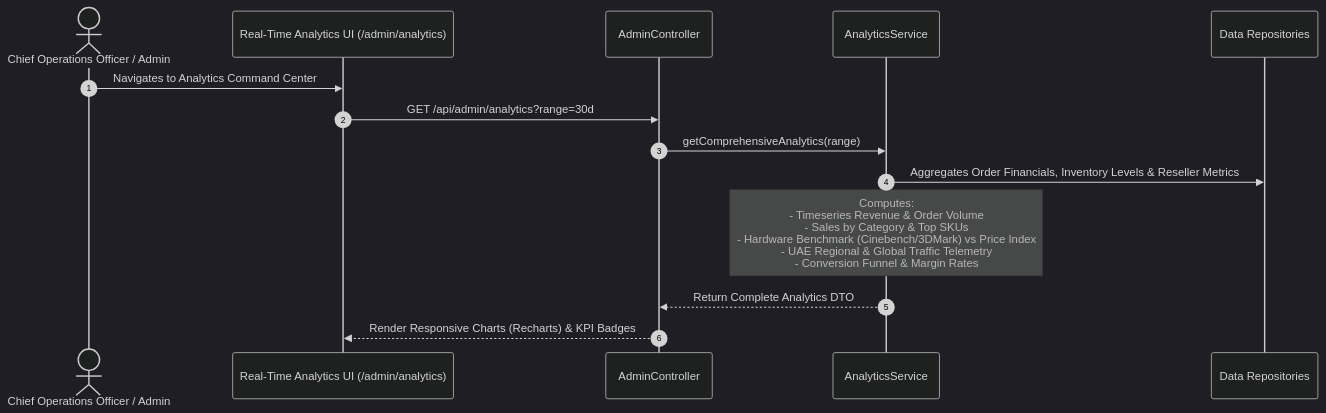
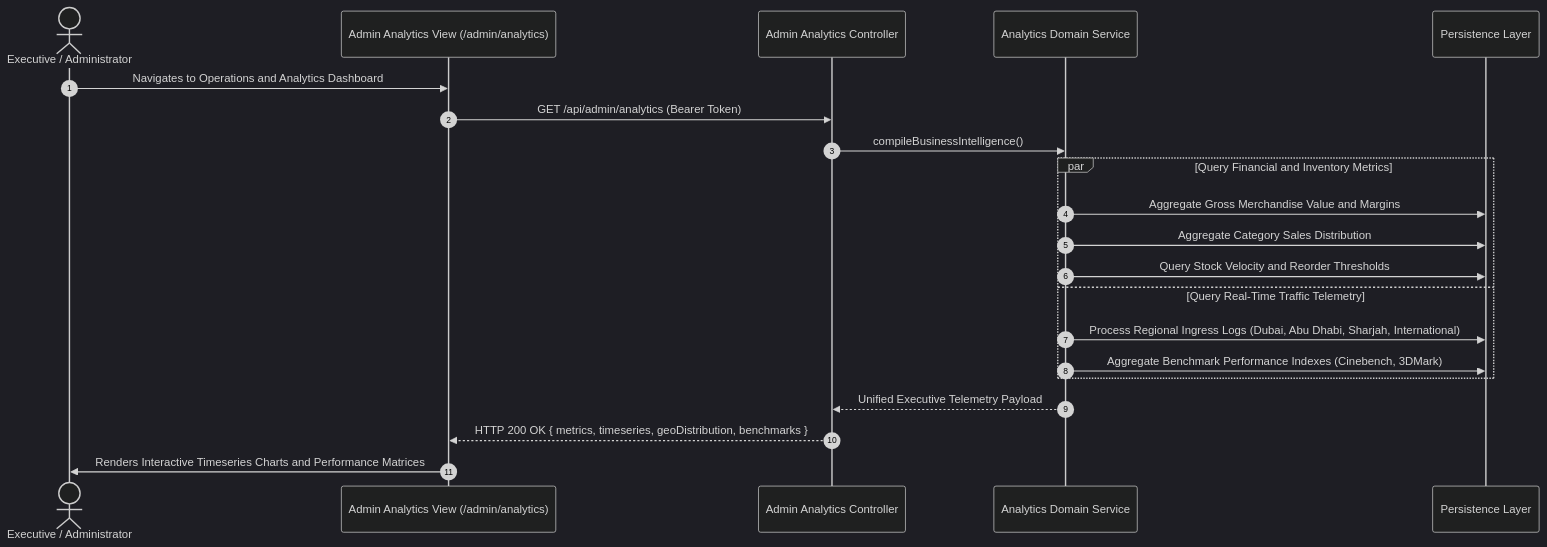
One commit to gl1tch0x1/NexTechSystem changed the seventh of 8 diagrams in README.md. Above: the diagram before and after it, drawn with Mermaid (dark theme). The commit also changed other lines of this file, not shown here.

````diff
--- a/README.md
+++ b/README.md
@@ -329,19 +333,26 @@
 ```mermaid
 sequenceDiagram
     autonumber
-    actor Admin as Chief Operations Officer / Admin
-    participant AdminUI as Real-Time Analytics UI (/admin/analytics)
-    participant AdminCtrl as AdminController
-    participant AnalyticsSvc as AnalyticsService
-    participant Repo as Data Repositories
+    actor Admin as Executive / Administrator
+    participant Dashboard as Admin Analytics View (/admin/analytics)
+    participant API as Admin Analytics Controller
+    participant Analytics as Analytics Domain Service
+    participant DB as Persistence Layer
 
-    Admin->>AdminUI: Navigates to Analytics Command Center
-    AdminUI->>AdminCtrl: GET /api/admin/analytics?range=30d
-    AdminCtrl->>AnalyticsSvc: getComprehensiveAnalytics(range)
+    Admin->>Dashboard: Navigates to Operations and Analytics Dashboard
+    Dashboard->>API: GET /api/admin/analytics (Bearer Token)
+    API->>Analytics: compileBusinessIntelligence()
     
-    AnalyticsSvc->>Repo: Aggregates Order Financials, Inventory Levels & Reseller Metrics
-    Note over AnalyticsSvc: Computes:<br/>- Timeseries Revenue & Order Volume<br/>- Sales by Category & Top SKUs<br/>- Hardware Benchmark (Cinebench/3DMark) vs Price Index<br/>- UAE Regional & Global Traffic Telemetry<br/>- Conversion Funnel & Margin Rates
-    
-    AnalyticsSvc-->>AdminCtrl: Return Complete Analytics DTO
-    AdminCtrl-->>AdminUI: Render Responsive Charts (Recharts) & KPI Badges
+    par Query Financial and Inventory Metrics
+        Analytics->>DB: Aggregate Gross Merchandise Value and Margins
+        Analytics->>DB: Aggregate Category Sales Distribution
+        Analytics->>DB: Query Stock Velocity and Reorder Thresholds
+    and Query Real-Time Traffic Telemetry
+        Analytics->>DB: Process Regional Ingress Logs (Dubai, Abu Dhabi, Sharjah, International)
+        Analytics->>DB: Aggregate Benchmark Performance Indexes (Cinebench, 3DMark)
+    end
+
+    Analytics-->>API: Unified Executive Telemetry Payload
+    API-->>Dashboard: HTTP 200 OK { metrics, timeseries, geoDistribution, benchmarks }
+    Dashboard->>Admin: Renders Interactive Timeseries Charts and Performance Matrices
 ```
````
